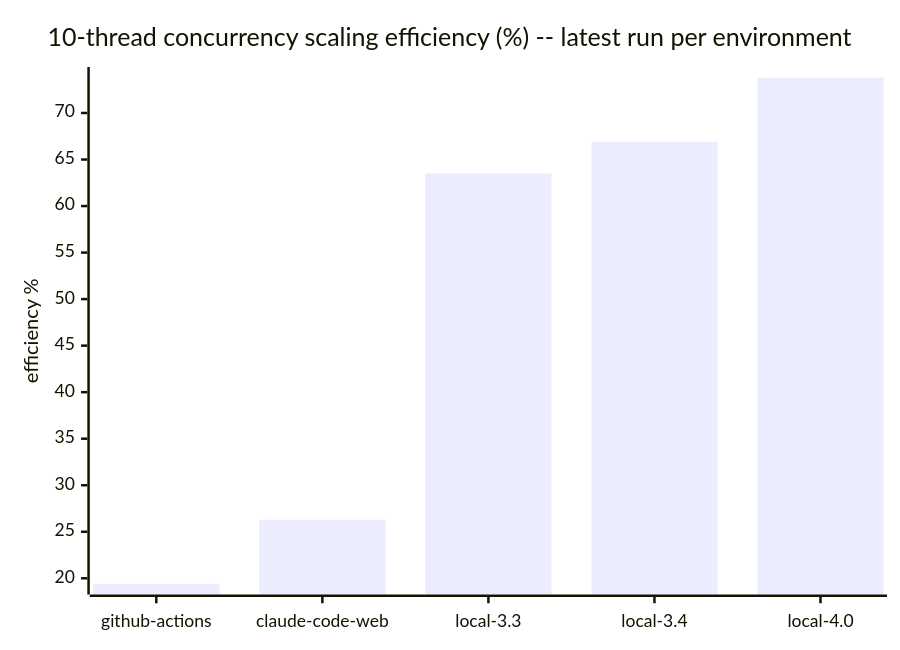
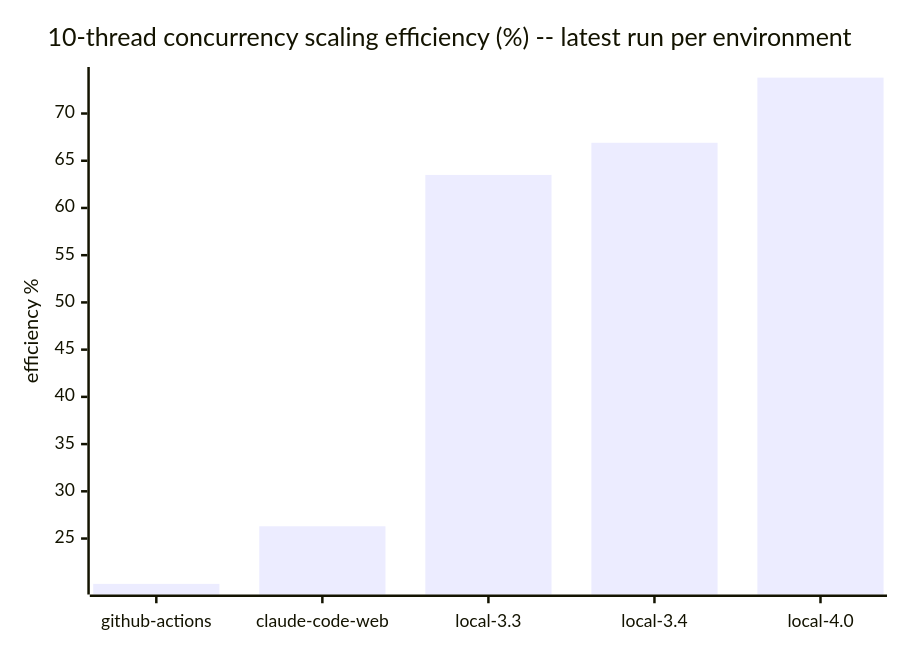
The seventh of 7 diagrams in docs/benchmarks/README.md (cpb/duckling), drawn with Mermaid before and after one commit. The commit also changed other lines of this file and 1 other file, not shown here.

````diff
--- a/docs/benchmarks/README.md
+++ b/docs/benchmarks/README.md
@@ -223,7 +223,7 @@
 ```mermaid
 xychart-beta
     title "10-thread concurrency scaling efficiency (%) -- latest run per environment"
     x-axis [github-actions, claude-code-web, local-3.3, local-3.4, local-4.0]
     y-axis "efficiency %"
-    bar "efficiency_pct" [19.4, 26.3, 63.5, 66.9, 73.8]
+    bar "efficiency_pct" [20.2, 26.3, 63.5, 66.9, 73.8]
 ```
````
